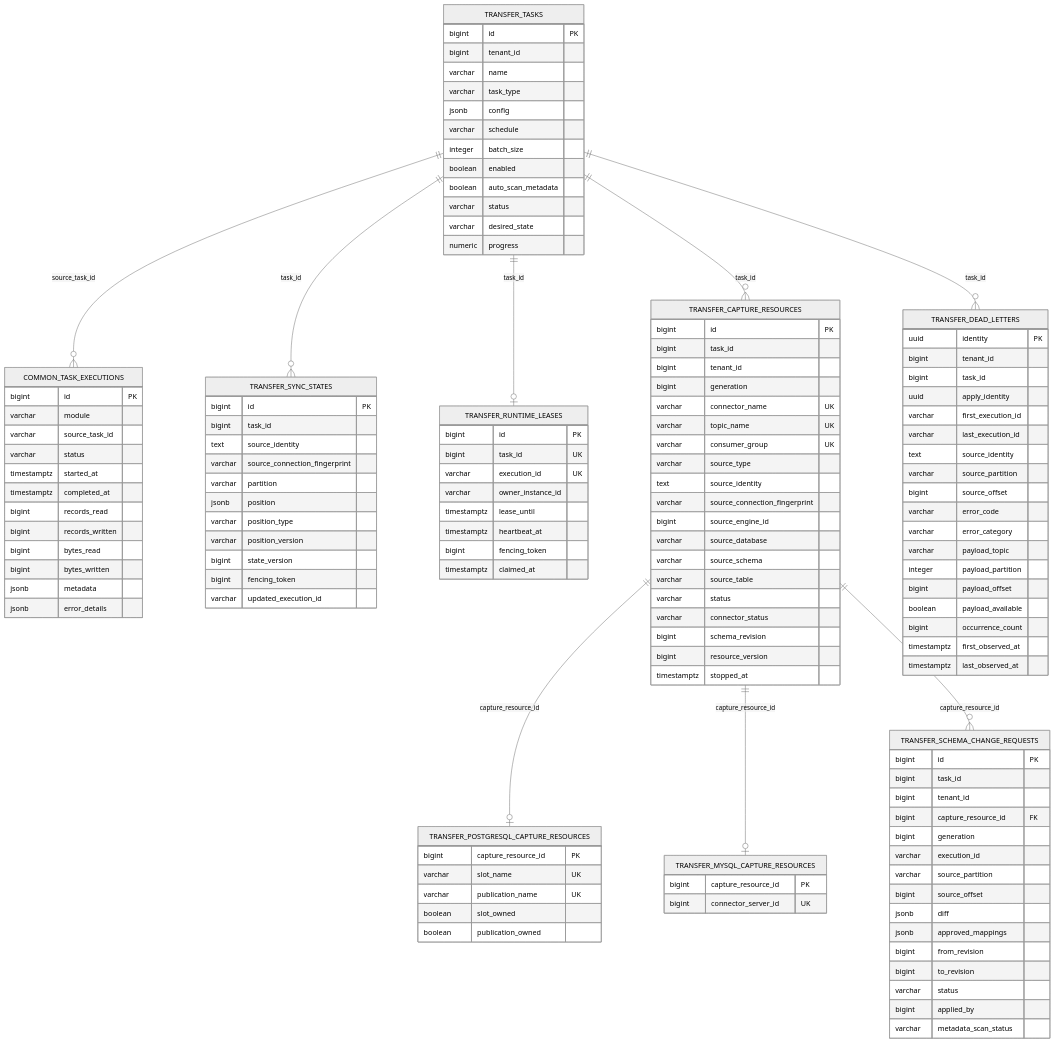
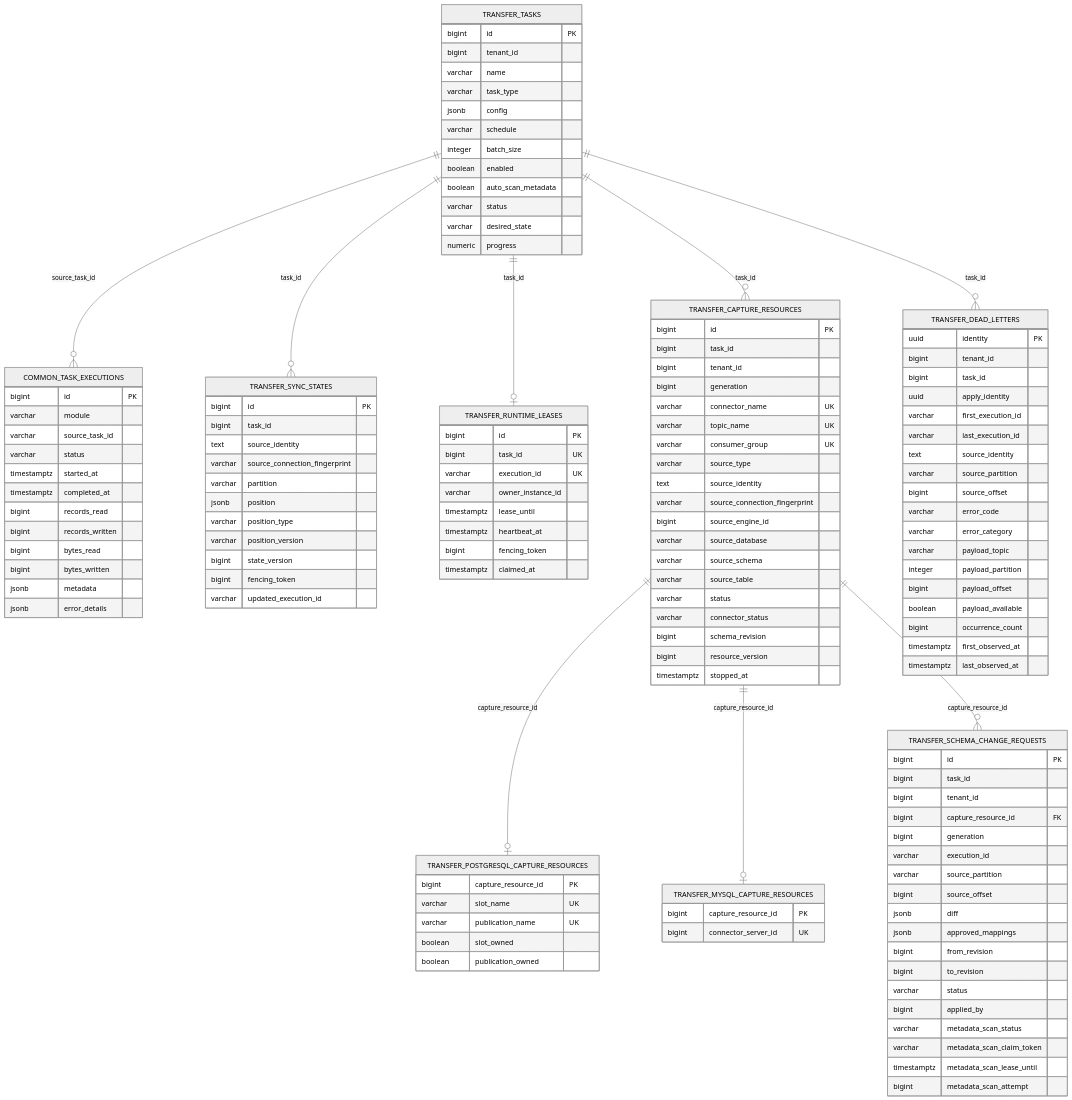
One commit to pampa0629/addp changed the diagram in transfer/docs/数据库架构.md. Above: the diagram before and after it, drawn with Mermaid (neutral theme). The commit also changed other lines of this file and 92 other files, not shown here.

```diff
--- a/transfer/docs/数据库架构.md
+++ b/transfer/docs/数据库架构.md
@@ -131,6 +131,9 @@
         varchar status
         bigint applied_by
         varchar metadata_scan_status
+        varchar metadata_scan_claim_token
+        timestamptz metadata_scan_lease_until
+        bigint metadata_scan_attempt
     }
     TRANSFER_DEAD_LETTERS {
         uuid identity PK
```
